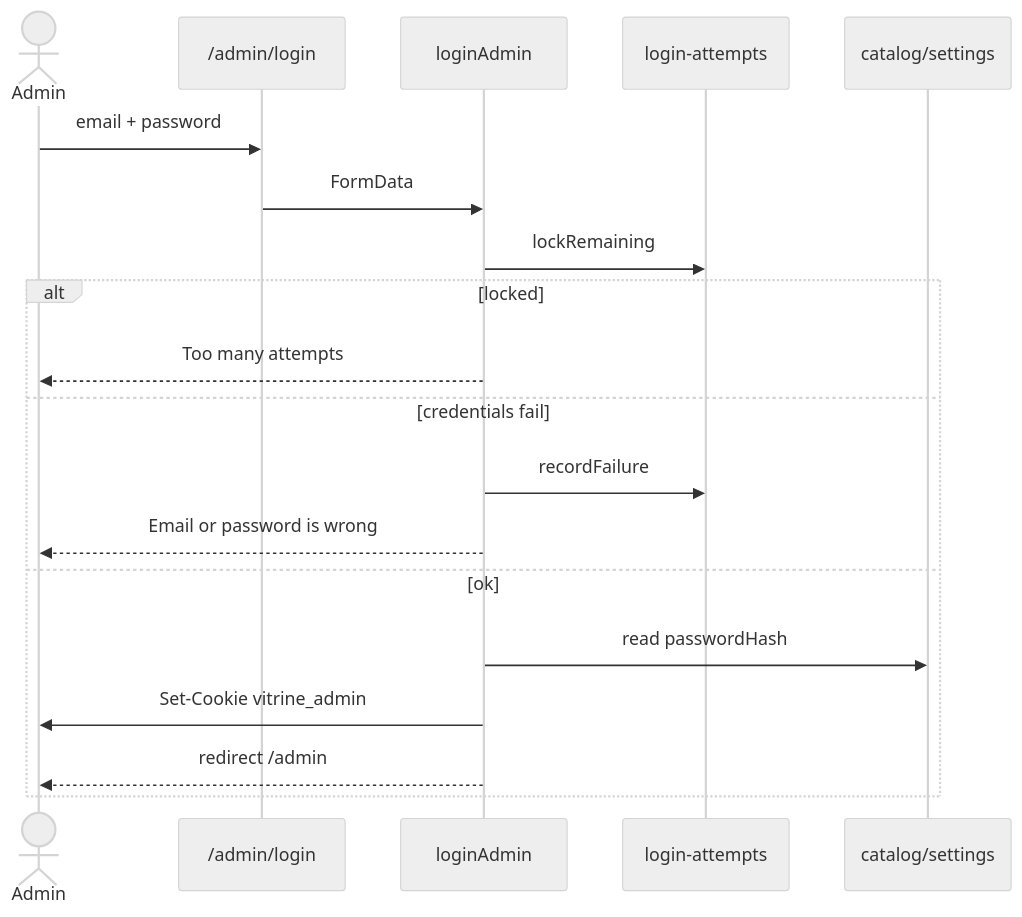
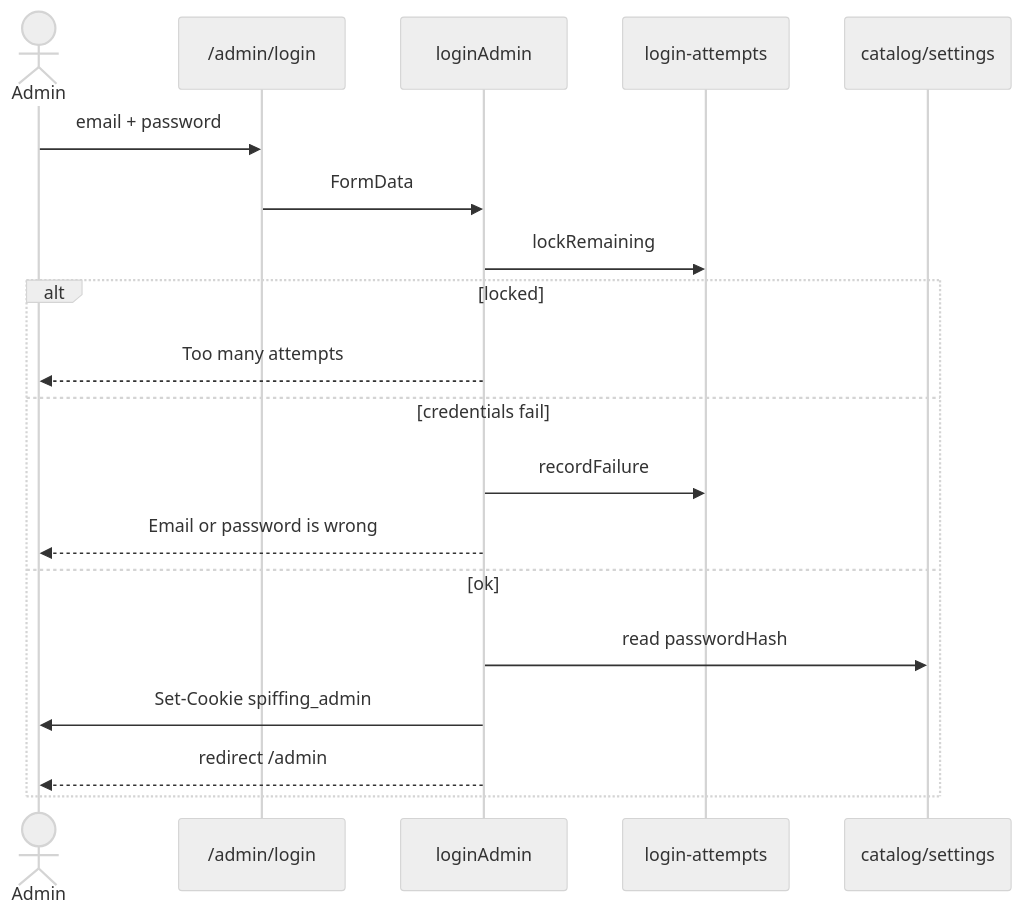
Before and after one commit to Tuntunkr/spiffing: the diagram in docs/AUTH_SETUP.md, drawn with Mermaid (neutral theme). The commit also changed other lines of this file and 131 other files, not shown here.

````diff
--- a/docs/AUTH_SETUP.md
+++ b/docs/AUTH_SETUP.md
@@ -14,21 +14,21 @@
 ```mermaid
 sequenceDiagram
   actor A as Admin
   participant L as /admin/login
   participant S as loginAdmin
   participant K as login-attempts
   participant C as catalog/settings
   A->>L: email + password
   L->>S: FormData
   S->>K: lockRemaining
   alt locked
     S-->>A: Too many attempts
   else credentials fail
     S->>K: recordFailure
     S-->>A: Email or password is wrong
   else ok
     S->>C: read passwordHash
-    S->>A: Set-Cookie vitrine_admin
+    S->>A: Set-Cookie spiffing_admin
     S-->>A: redirect /admin
   end
 ```
````
